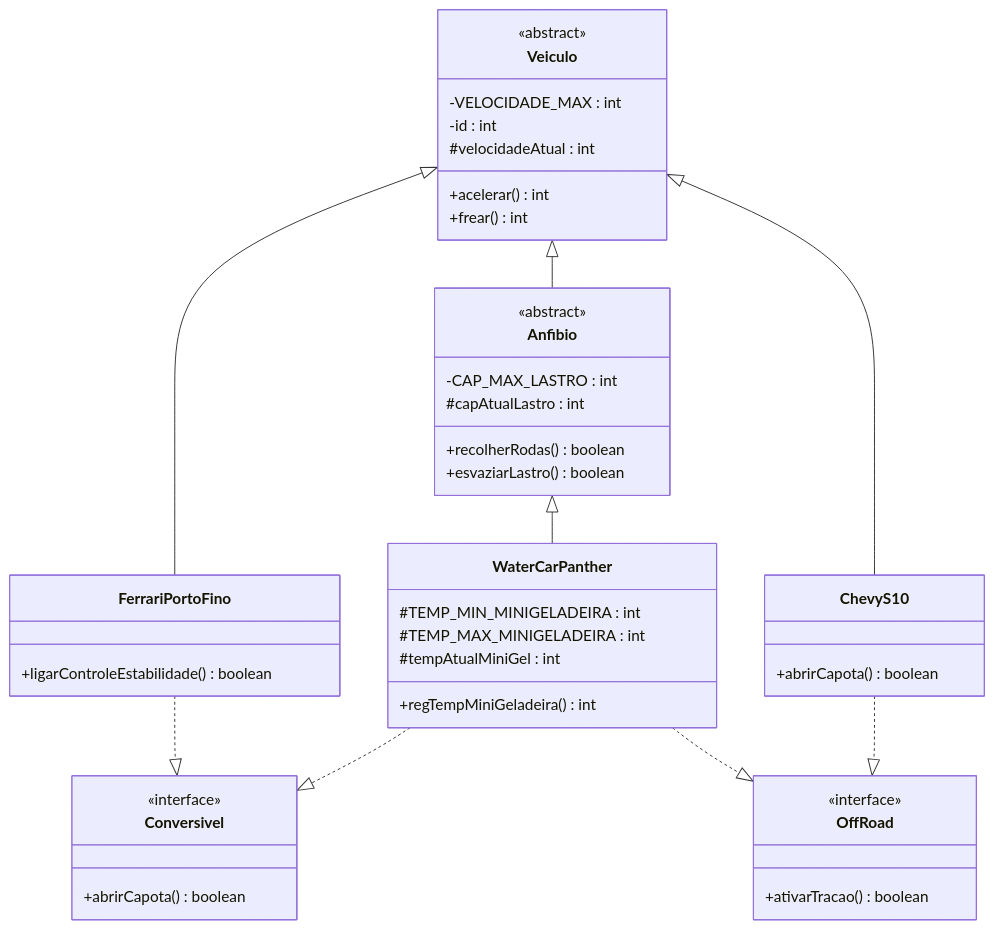
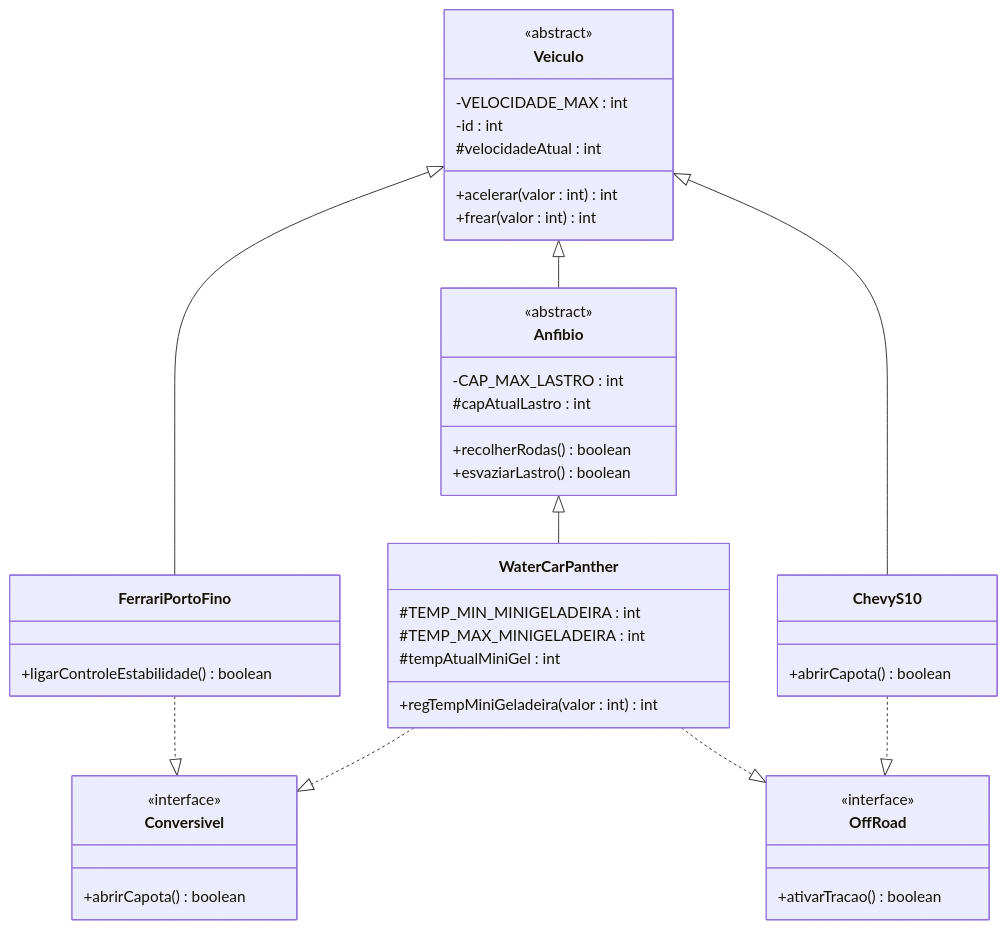
The diagram in laboratorios/lab-06/README.md (LuisEAbreu/poo), drawn with Mermaid before and after one commit.

Commit message:
Adicionando parametro valor aos métodos que necessitam

````diff
--- a/laboratorios/lab-06/README.md
+++ b/laboratorios/lab-06/README.md
@@ -1,52 +1,52 @@
 ```mermaid
 classDiagram
     
     class Veiculo {
         <<abstract>>
         -VELOCIDADE_MAX : int
         -id : int
         #velocidadeAtual : int
-        +acelerar() int
-        +frear() int
+        +acelerar(valor : int) int
+        +frear(valor : int) int
     }
 
     class Anfibio{
         <<abstract>>
         -CAP_MAX_LASTRO : int
         #capAtualLastro : int
         +recolherRodas() boolean
         +esvaziarLastro() boolean
     }
     class Conversivel{
         <<interface>>
         +abrirCapota() boolean
     }
     class OffRoad{
         <<interface>>
         +ativarTracao() boolean
     }
     
     class FerrariPortoFino{
         +ligarControleEstabilidade() boolean
     }
     class ChevyS10{
         +abrirCapota() boolean
     }
     class WaterCarPanther{
         #TEMP_MIN_MINIGELADEIRA : int
         #TEMP_MAX_MINIGELADEIRA : int
         #tempAtualMiniGel : int
-        +regTempMiniGeladeira() int
+        +regTempMiniGeladeira(valor : int) int
     }
     
     Veiculo <|-- Anfibio
     Veiculo <|-- FerrariPortoFino
     Veiculo <|-- ChevyS10
 
     Anfibio <|-- WaterCarPanther
     
     FerrariPortoFino ..|> Conversivel
     WaterCarPanther ..|> Conversivel
     WaterCarPanther ..|> OffRoad 
     ChevyS10 ..|> OffRoad
 ```
````
